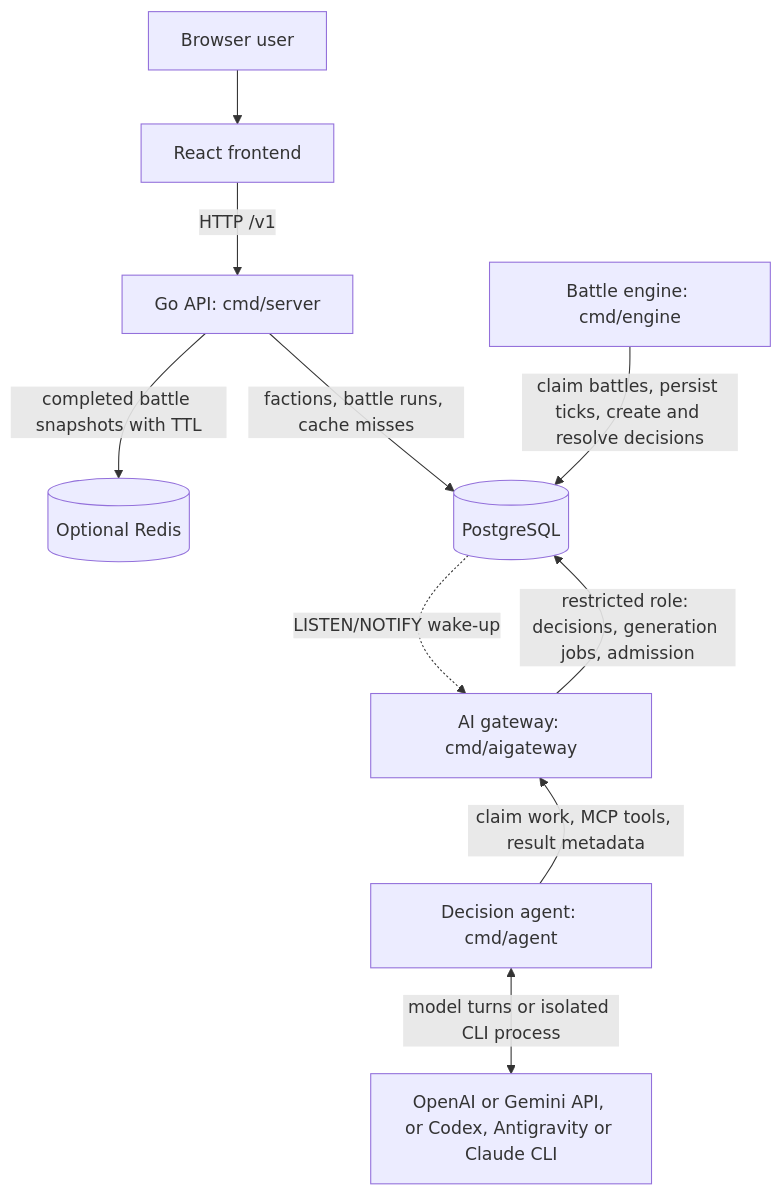
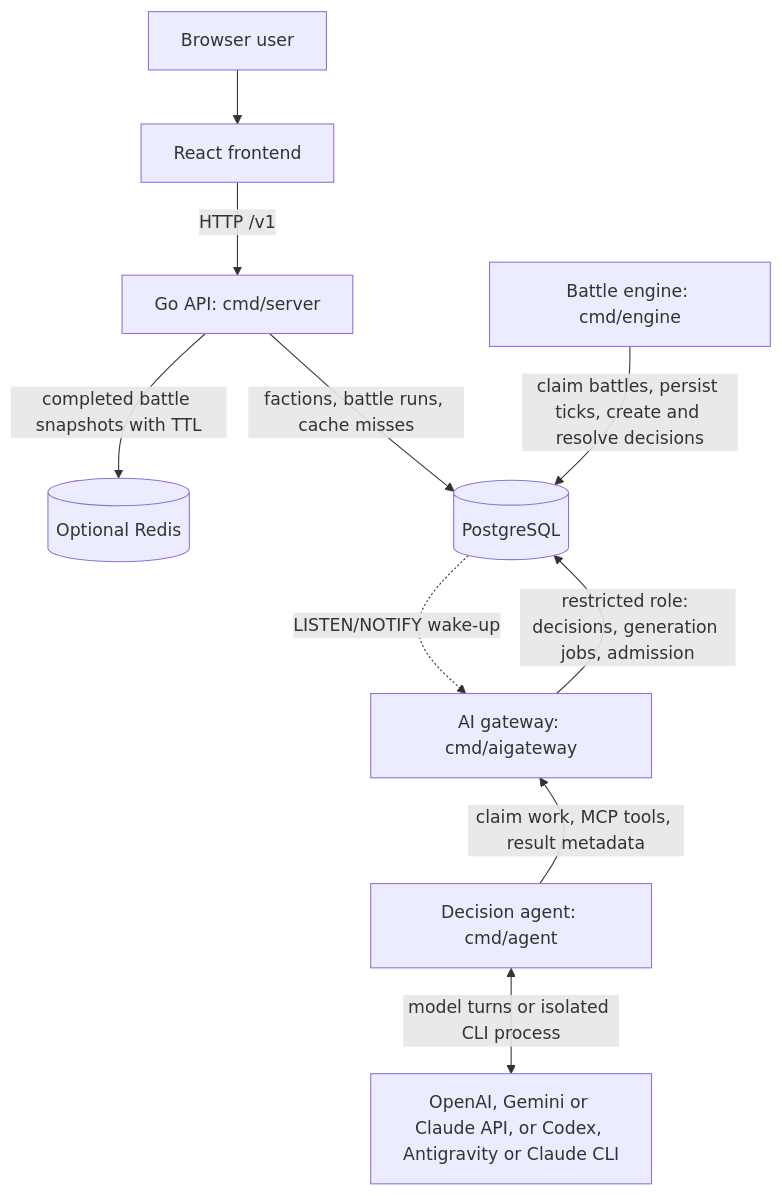
Before and after one commit to twhAuto/autonomous_battlefield: the first of 4 diagrams in docs/architecture/system-architecture.md, drawn with Mermaid. The commit also changed other lines of this file and 32 other files, not shown here.

First line of the commit message:
AB-230: Add a Claude API profile and per-battle model menus on API profiles

````diff
--- a/docs/architecture/system-architecture.md
+++ b/docs/architecture/system-architecture.md
@@ -41,23 +41,23 @@
 ```mermaid
 flowchart TB
     User[Browser user]
     UI[React frontend]
     API["Go API: cmd/server"]
     Engine["Battle engine: cmd/engine"]
     DB[(PostgreSQL)]
     Cache[(Optional Redis)]
     Gateway["AI gateway: cmd/aigateway"]
     Agent["Decision agent: cmd/agent"]
-    Provider["OpenAI or Gemini API, or Codex, Antigravity or Claude CLI"]
+    Provider["OpenAI, Gemini or Claude API, or Codex, Antigravity or Claude CLI"]
 
     User --> UI
     UI -->|HTTP /v1| API
     API -->|completed battle snapshots with TTL| Cache
     API -->|factions, battle runs, cache misses| DB
     Engine -->|claim battles, persist ticks, create and resolve decisions| DB
     DB -.->|LISTEN/NOTIFY wake-up| Gateway
     Gateway -->|restricted role: decisions, generation jobs, admission| DB
     Gateway ~~~ Agent
     Agent -->|claim work, MCP tools, result metadata| Gateway
     Agent <-->|model turns or isolated CLI process| Provider
 ```
````
